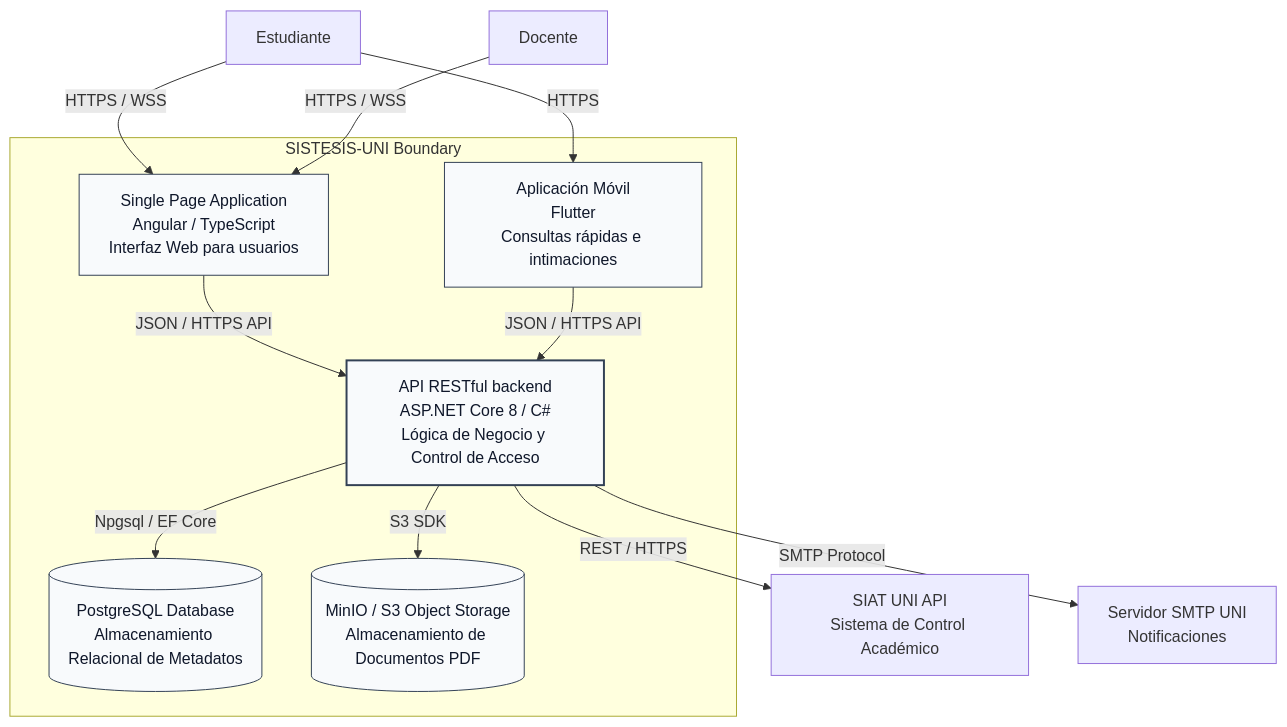
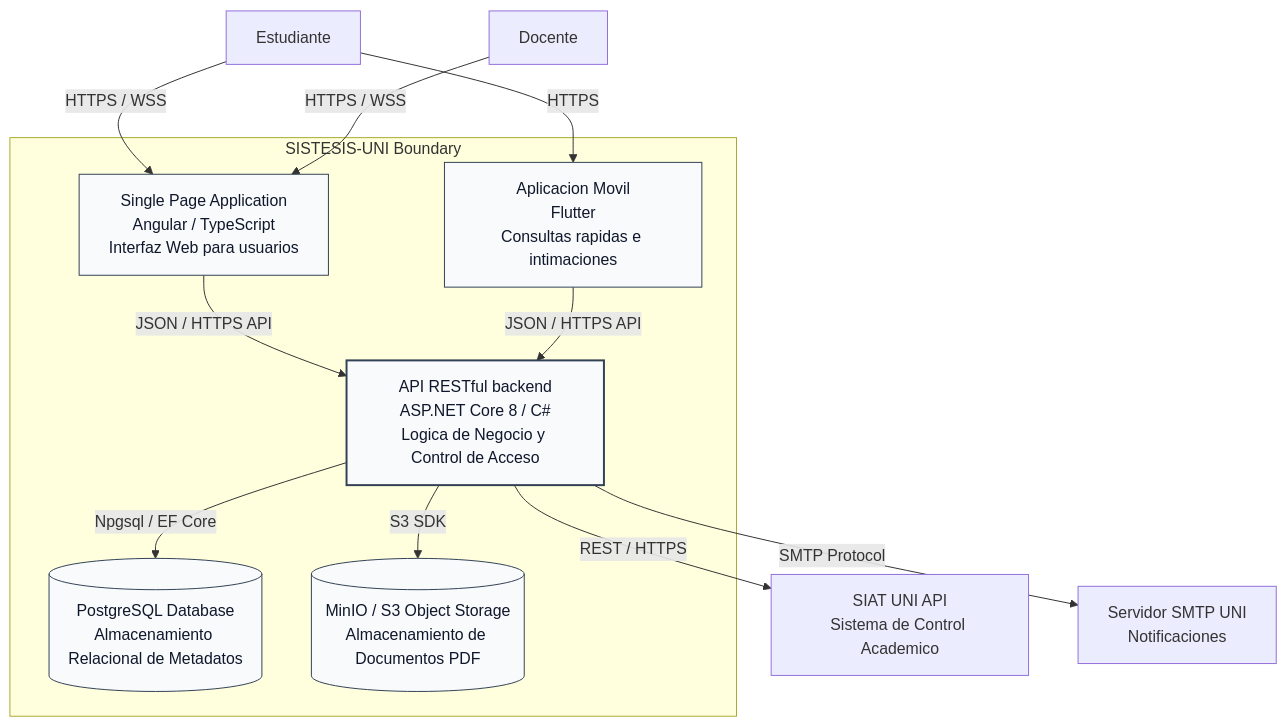
Before and after one commit to angelbarreto46u/SistesisUni-Arquitectura: the second of 4 diagrams in README.md, drawn with Mermaid. The commit also changed other lines of this file, not shown here.

Commit message:
feat: documentacion arquitectonica C4 y diagramas SISTESIS-UNI correction

````diff
--- a/README.md
+++ b/README.md
@@ -97,31 +87,28 @@
 ```mermaid
 graph TB
-    subgraph SISTESIS [SISTESIS-UNI Boundary]
-        SPA[Single Page Application<br/>Angular / TypeScript<br/>Interfaz Web para usuarios]
-        MobileApp[Aplicación Móvil<br/>Flutter<br/>Consultas rápidas e intimaciones]
-        API[API RESTful backend<br/>ASP.NET Core 8 / C#<br/>Lógica de Negocio y Control de Acceso]
-        DB[(PostgreSQL Database<br/>Almacenamiento Relacional de Metadatos)]
-        BlobStorage[(MinIO / S3 Object Storage<br/>Almacenamiento de Documentos PDF)]
+    subgraph SISTESIS ["SISTESIS-UNI Boundary"]
+        SPA["Single Page Application<br/>Angular / TypeScript<br/>Interfaz Web para usuarios"]
+        MobileApp["Aplicacion Movil<br/>Flutter<br/>Consultas rapidas e intimaciones"]
+        API["API RESTful backend<br/>ASP.NET Core 8 / C#<br/>Logica de Negocio y Control de Acceso"]
+        DB[("PostgreSQL Database<br/>Almacenamiento Relacional de Metadatos")]
+        BlobStorage[("MinIO / S3 Object Storage<br/>Almacenamiento de Documentos PDF")]
     end
-
-    SIAT_Ext[SIAT UNI API<br/>Sistema de Control Académico]
-    SMTP_Ext[Servidor SMTP UNI<br/>Notificaciones]
+    SIAT_Ext["SIAT UNI API<br/>Sistema de Control Academico"]
+    SMTP_Ext["Servidor SMTP UNI<br/>Notificaciones"]
 
     Estudiante -->|HTTPS / WSS| SPA
     Docente -->|HTTPS / WSS| SPA
     Estudiante -->|HTTPS| MobileApp
-
     SPA -->|JSON / HTTPS API| API
     MobileApp -->|JSON / HTTPS API| API
-
     API -->|Npgsql / EF Core| DB
     API -->|S3 SDK| BlobStorage
     API -->|REST / HTTPS| SIAT_Ext
     API -->|SMTP Protocol| SMTP_Ext
 
     style API fill:#f8fafc,stroke:#334155,stroke-width:2px,color:#0f172a
     style DB fill:#f8fafc,stroke:#334155,stroke-width:1px,color:#0f172a
     style BlobStorage fill:#f8fafc,stroke:#334155,stroke-width:1px,color:#0f172a
     style SPA fill:#f8fafc,stroke:#334155,stroke-width:1px,color:#0f172a
     style MobileApp fill:#f8fafc,stroke:#334155,stroke-width:1px,color:#0f172a
 ```
````
